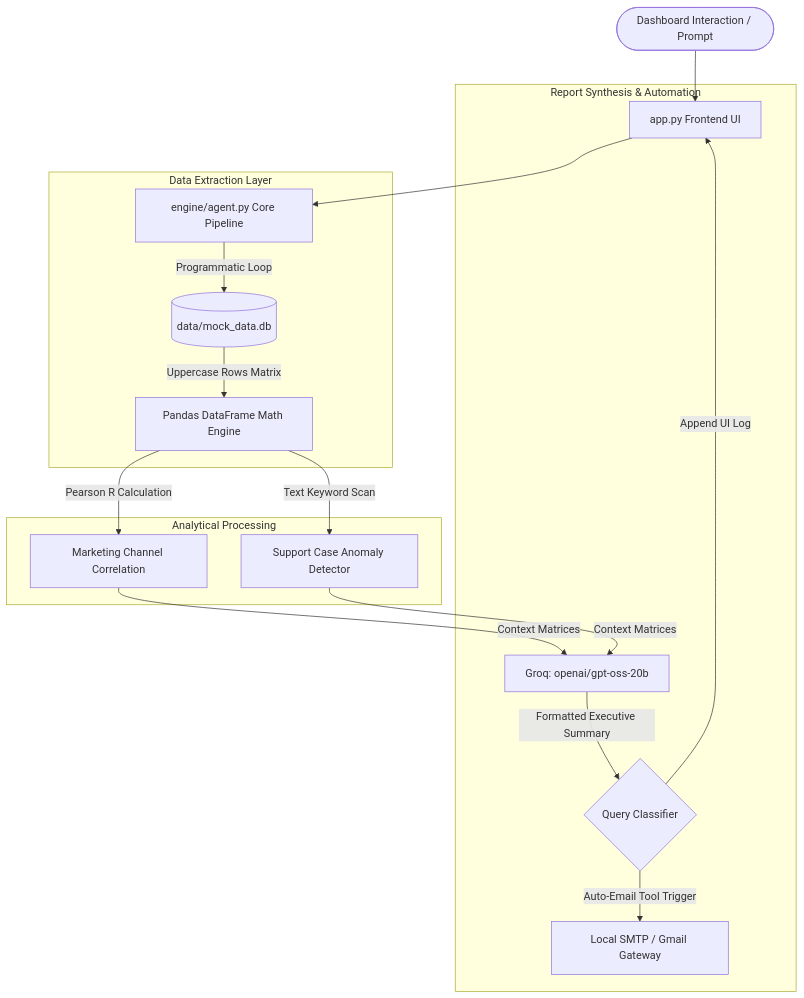
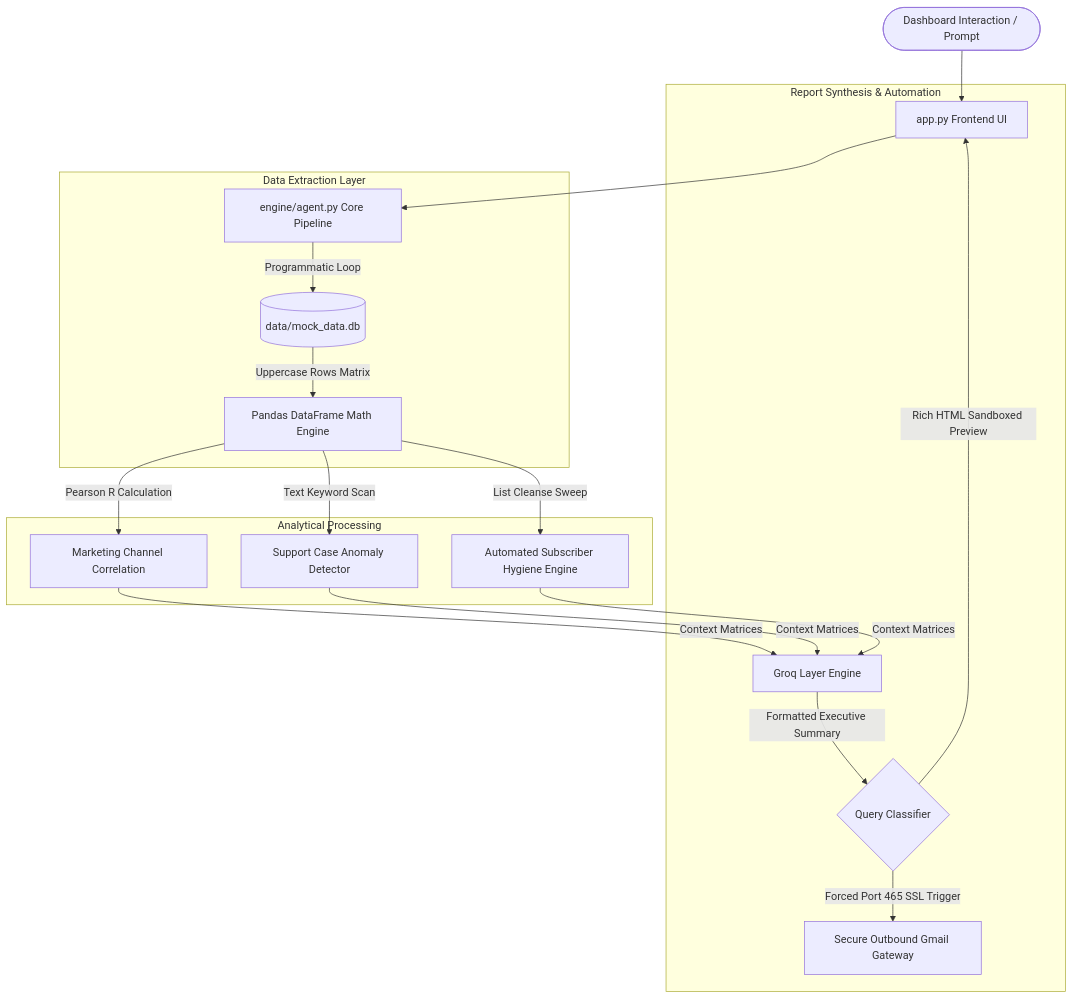
Before and after one commit to SRINIVASTA/email-campaign-intelligence-agent: the first of 2 diagrams in README.md, drawn with Mermaid. The commit also changed other lines of this file, not shown here.

````diff
--- a/README.md
+++ b/README.md
@@ -14,22 +14,23 @@
 ```mermaid
 graph TD
     User([Dashboard Interaction / Prompt]) --> Streamlit[app.py Frontend UI]
     Streamlit --> Engine[engine/agent.py Core Pipeline]
     
     subgraph Data Extraction Layer
         Engine -->|Programmatic Loop| SQLite[(data/mock_data.db)]
         SQLite -->|Uppercase Rows Matrix| Pandas[Pandas DataFrame Math Engine]
     end
 
     subgraph Analytical Processing
         Pandas -->|Pearson R Calculation| Calc[Marketing Channel Correlation]
         Pandas -->|Text Keyword Scan| Anom[Support Case Anomaly Detector]
+        Pandas -->|List Cleanse Sweep| Hygiene[Automated Subscriber Hygiene Engine]
     end
 
     subgraph Report Synthesis & Automation
-        Calc & Anom -->|Context Matrices| LLM[Groq: openai/gpt-oss-20b]
+        Calc & Anom & Hygiene -->|Context Matrices| LLM[Groq Layer Engine]
         LLM -->|Formatted Executive Summary| Orchestrator{Query Classifier}
-        Orchestrator -->|Append UI Log| Streamlit
-        Orchestrator -->|Auto-Email Tool Trigger| SMTP[Local SMTP / Gmail Gateway]
+        Orchestrator -->|Rich HTML Sandboxed Preview| Streamlit
+        Orchestrator -->|Forced Port 465 SSL Trigger| SMTP[Secure Outbound Gmail Gateway]
     end
 ```
````
